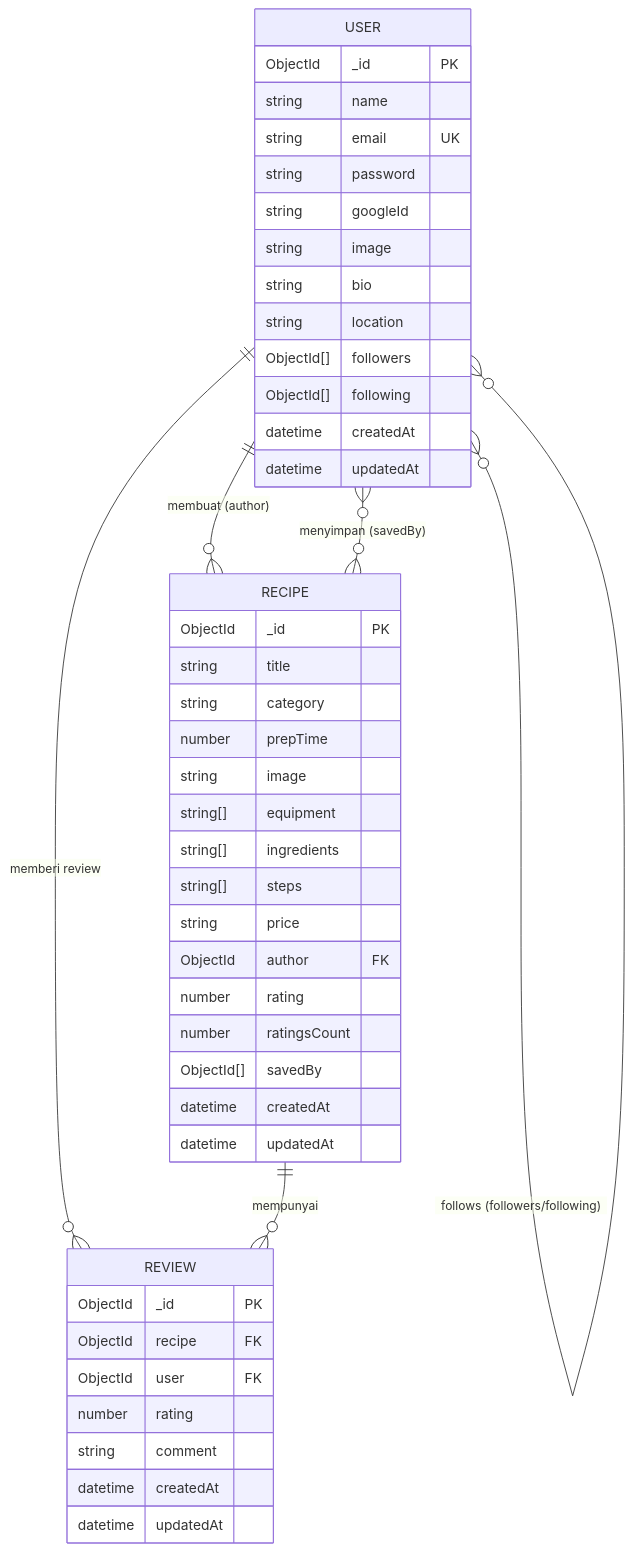
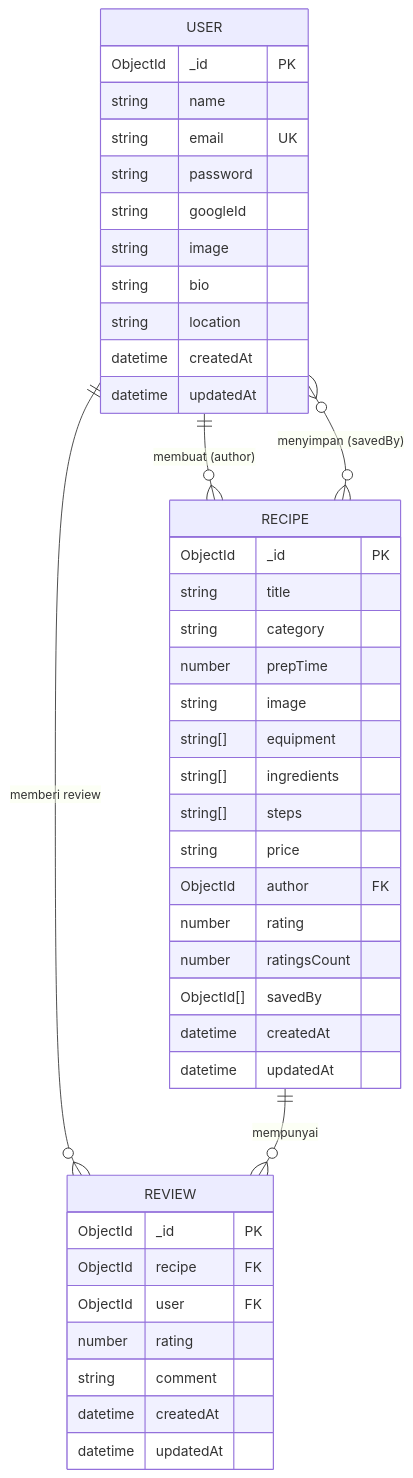
The diagram in ERD_DIAGRAM.md (MarioSitepu/LKMO-KULINER), drawn with Mermaid before and after one commit. The commit also changed other lines of this file and 10 other files, not shown here.

````diff
--- a/ERD_DIAGRAM.md
+++ b/ERD_DIAGRAM.md
@@ -7,51 +7,48 @@
 ```mermaid
 erDiagram
     USER {
         ObjectId _id PK
         string name
         string email UK
         string password
         string googleId
         string image
         string bio
         string location
-        ObjectId[] followers
-        ObjectId[] following
         datetime createdAt
         datetime updatedAt
     }
     
     RECIPE {
         ObjectId _id PK
         string title
         string category
         number prepTime
         string image
         string[] equipment
         string[] ingredients
         string[] steps
         string price
         ObjectId author FK
         number rating
         number ratingsCount
         ObjectId[] savedBy
         datetime createdAt
         datetime updatedAt
     }
     
     REVIEW {
         ObjectId _id PK
         ObjectId recipe FK
         ObjectId user FK
         number rating
         string comment
         datetime createdAt
         datetime updatedAt
     }
     
     USER ||--o{ RECIPE : "membuat (author)"
     USER ||--o{ REVIEW : "memberi review"
     RECIPE ||--o{ REVIEW : "mempunyai"
-    USER }o--o{ USER : "follows (followers/following)"
     USER }o--o{ RECIPE : "menyimpan (savedBy)"
 ```
````
